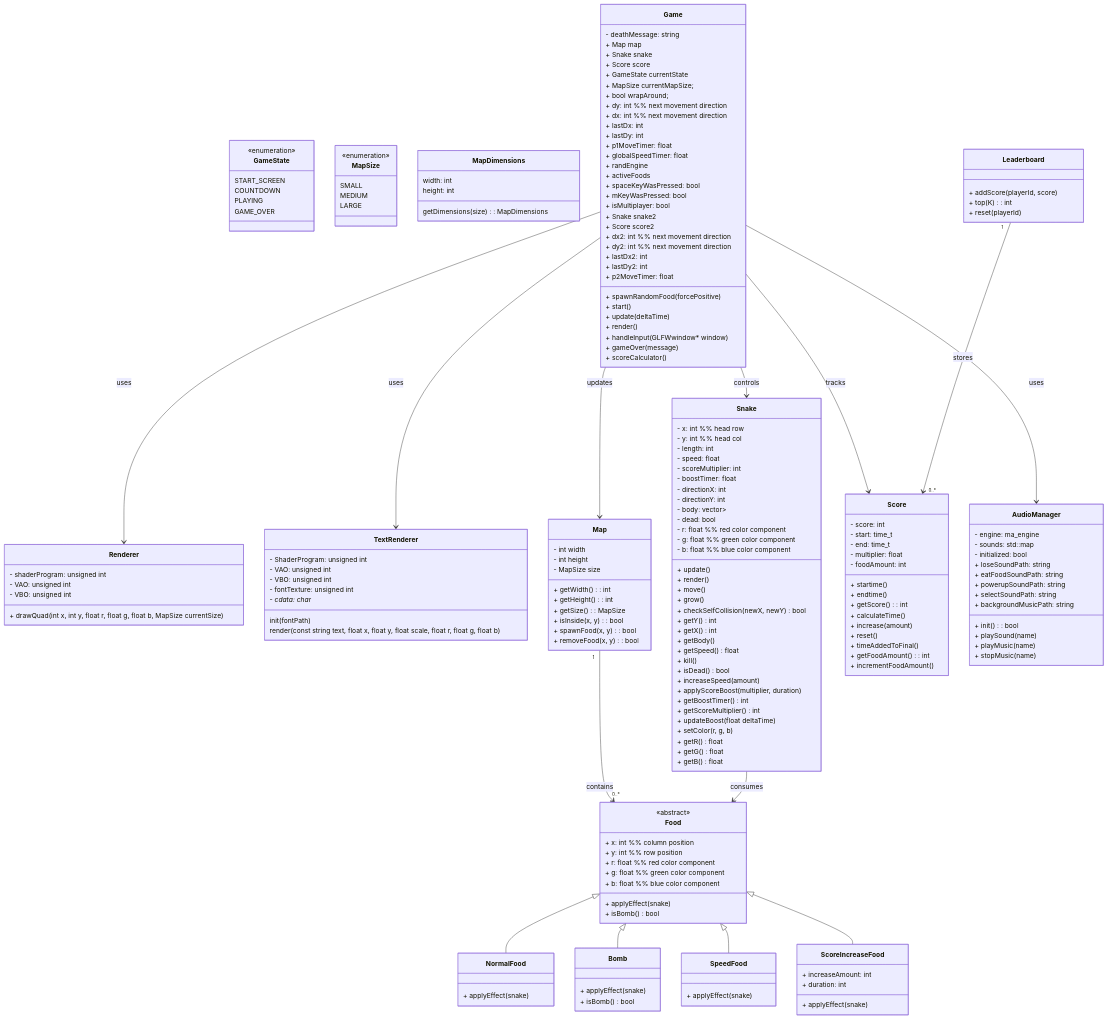
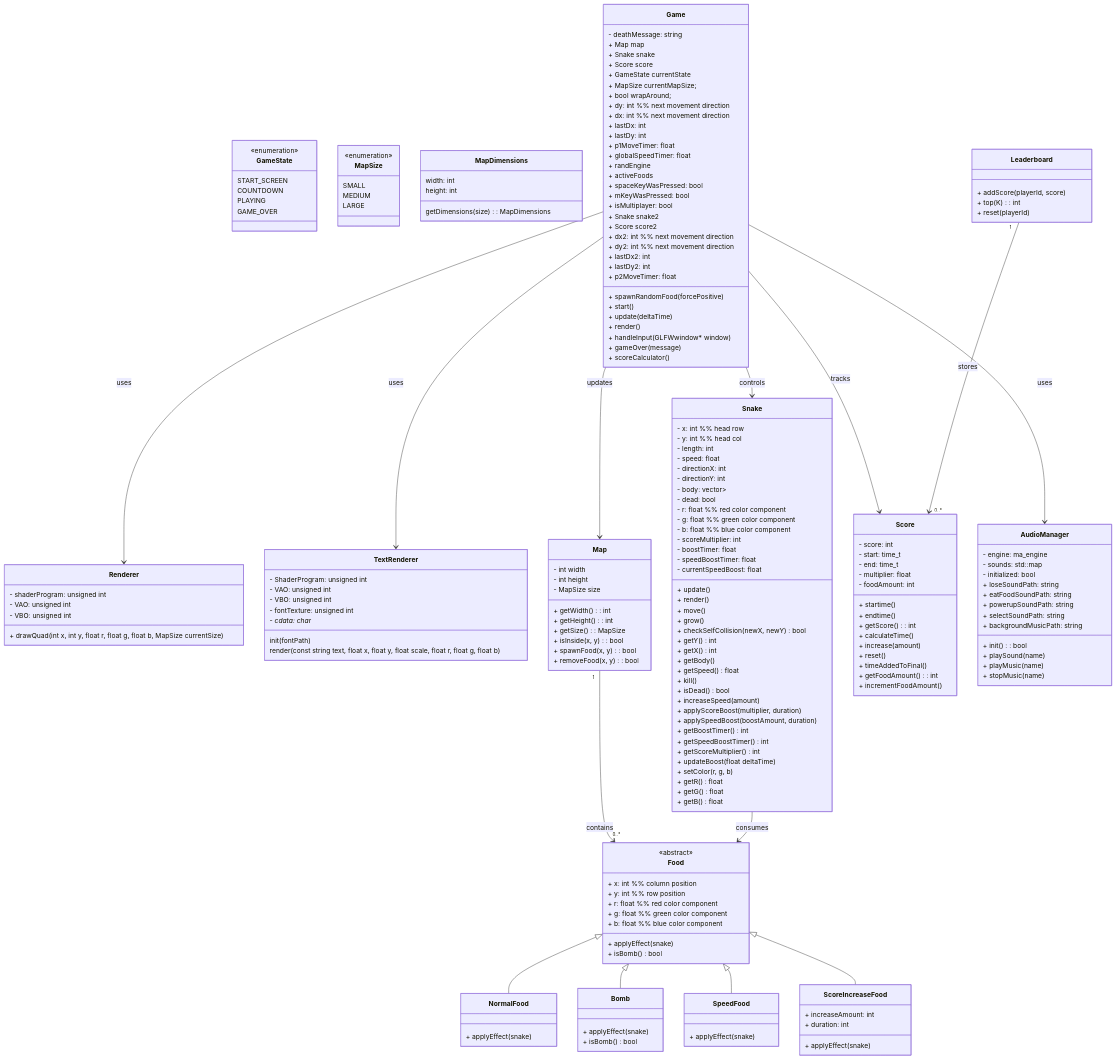
Before and after one commit to KhioneWinter/PA5-Snake: the diagram in README.md, drawn with Mermaid. The commit also changed 1 other file, not shown here.

```diff
--- a/README.md
+++ b/README.md
@@ -265,18 +265,21 @@
     - length: int
     - speed: float
 
-    - scoreMultiplier: int
-    - boostTimer: float
-
     - directionX: int
     - directionY: int
-
     - body: vector<pair<int, int>>
 
     - dead: bool
     - r: float %% red color component
     - g: float %% green color component
     - b: float %% blue color component
+
+    %% for power-ups
+    - scoreMultiplier: int
+    - boostTimer: float
+
+    - speedBoostTimer: float
+    - currentSpeedBoost: float
 
     + update()
     + render()
@@ -295,7 +298,11 @@
 
     + increaseSpeed(amount)
     + applyScoreBoost(multiplier, duration)
+    + applySpeedBoost(boostAmount, duration)
+    
     + getBoostTimer() int
+    + getSpeedBoostTimer() int
+
     + getScoreMultiplier() int
     + updateBoost(float deltaTime)
     
```
